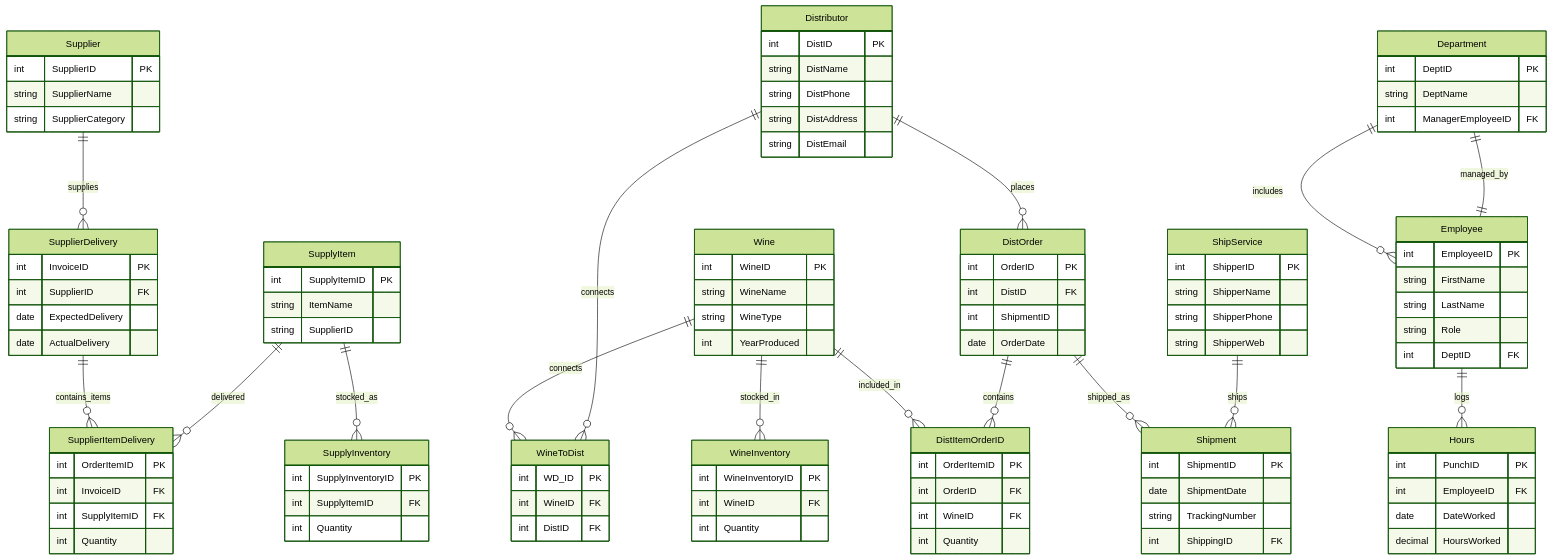
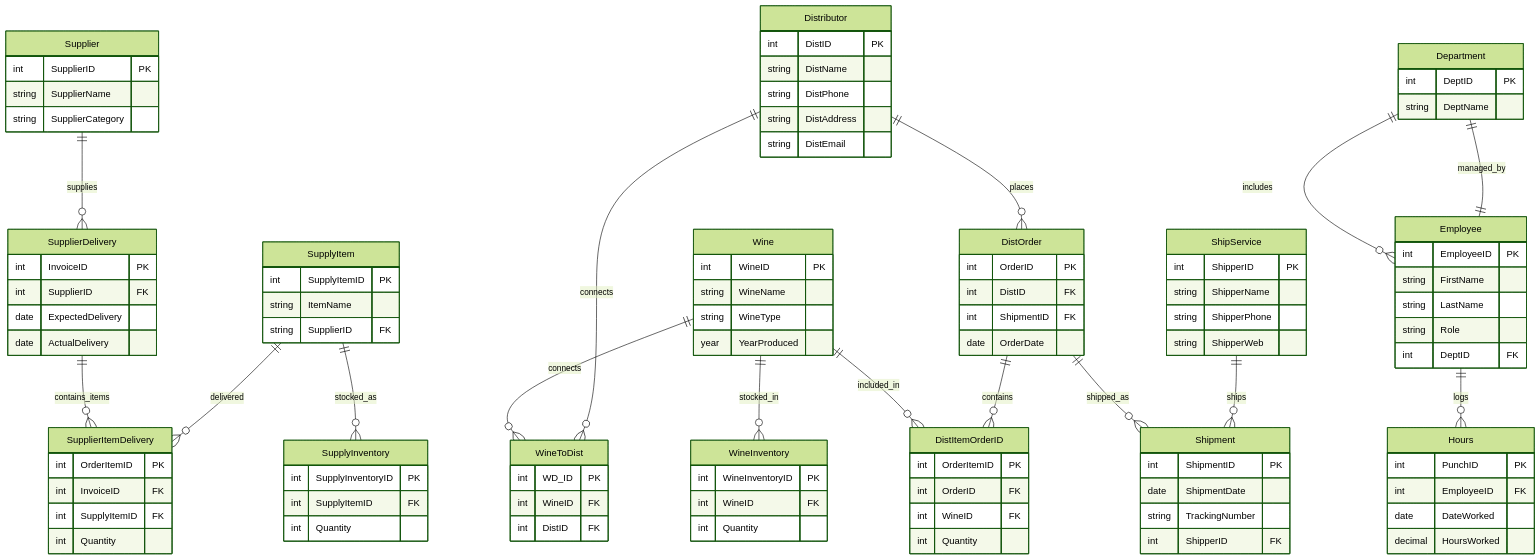
The diagram in Final_Project/ERD.mmd (BobbyJoeCool/CSD310-BlueTeam), drawn with Mermaid (forest theme) before and after one commit. The commit also changed 2 other files, not shown here.

Commit message:
Updates to ERD

```diff
--- a/Final_Project/ERD.mmd
+++ b/Final_Project/ERD.mmd
@@ -1,145 +1,144 @@
 erDiagram
     direction TB
 
     %% Supplier Tables
 
     Supplier {
         int SupplierID PK
         string SupplierName
         string SupplierCategory
     }
 
     SupplierDelivery {
         int InvoiceID PK
         int SupplierID FK
         date ExpectedDelivery
         date ActualDelivery
     }
 
     SupplyItem {
         int SupplyItemID PK
         string ItemName
-        string SupplierID
+        string SupplierID FK
     }
 
     SupplyInventory {
         int SupplyInventoryID PK
         int SupplyItemID FK
         int Quantity
     }
 
     SupplierItemDelivery {
         int OrderItemID PK
         int InvoiceID FK
         int SupplyItemID FK
         int Quantity
     }
 
 
     %% Wine TABLES
 
     WineInventory {
         int WineInventoryID PK
         int WineID FK
         int Quantity
     }
 
     Wine {
         int WineID PK
         string WineName
         string WineType
-        int YearProduced
+        year YearProduced
     }
 
 
     %% DISTRIBUTOR TABLES
 
     Distributor {
         int DistID PK
         string DistName
         string DistPhone
         string DistAddress
         string DistEmail
     }
 
     DistOrder {
         int OrderID PK
         int DistID FK
-        int ShipmentID
+        int ShipmentID FK
         date OrderDate
     }
 
     DistItemOrderID {
         int OrderItemID PK
         int OrderID FK
         int WineID FK
         int Quantity
     }
 
     ShipService {
         int ShipperID PK
         string ShipperName
         string ShipperPhone
         string ShipperWeb
     }
 
     Shipment {
         int ShipmentID PK
         date ShipmentDate
         string TrackingNumber
-        int ShippingID FK
+        int ShipperID FK
     }
 
     WineToDist {
         int WD_ID PK
         int WineID FK
         int DistID FK
     }
 
 
     %% Employee Tables
 
     Department {
         int DeptID PK
         string DeptName
-        int ManagerEmployeeID FK
     }
 
     Employee {
         int EmployeeID PK
         string FirstName
         string LastName
         string Role
         int DeptID FK
     }
 
     Hours {
         int PunchID PK
         int EmployeeID FK
         date DateWorked
         decimal HoursWorked
     }
 
 
     %% RELATIONSHIPS
     
     Supplier ||--o{ SupplierDelivery : supplies
     SupplierDelivery ||--o{ SupplierItemDelivery : contains_items
     SupplyItem ||--o{ SupplierItemDelivery : delivered
     SupplyItem ||--o{ SupplyInventory : stocked_as
 
     Wine ||--o{ WineInventory : stocked_in
     Wine ||--o{ DistItemOrderID : included_in
 
     Department ||--o{ Employee : includes
     Employee ||--o{ Hours : logs
     Department ||--|| Employee : managed_by
 
     Distributor ||--o{ DistOrder : places
     DistOrder ||--o{ DistItemOrderID : contains
 
     DistOrder ||--o{ Shipment : shipped_as
     ShipService ||--o{ Shipment : ships
 
     Wine ||--o{ WineToDist : connects
     Distributor ||--o{ WineToDist : connects
```
